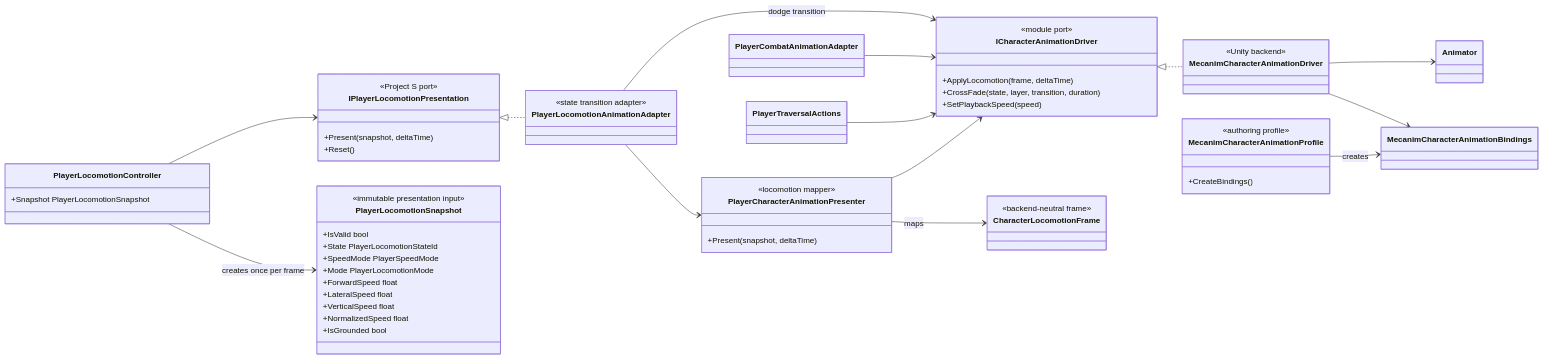
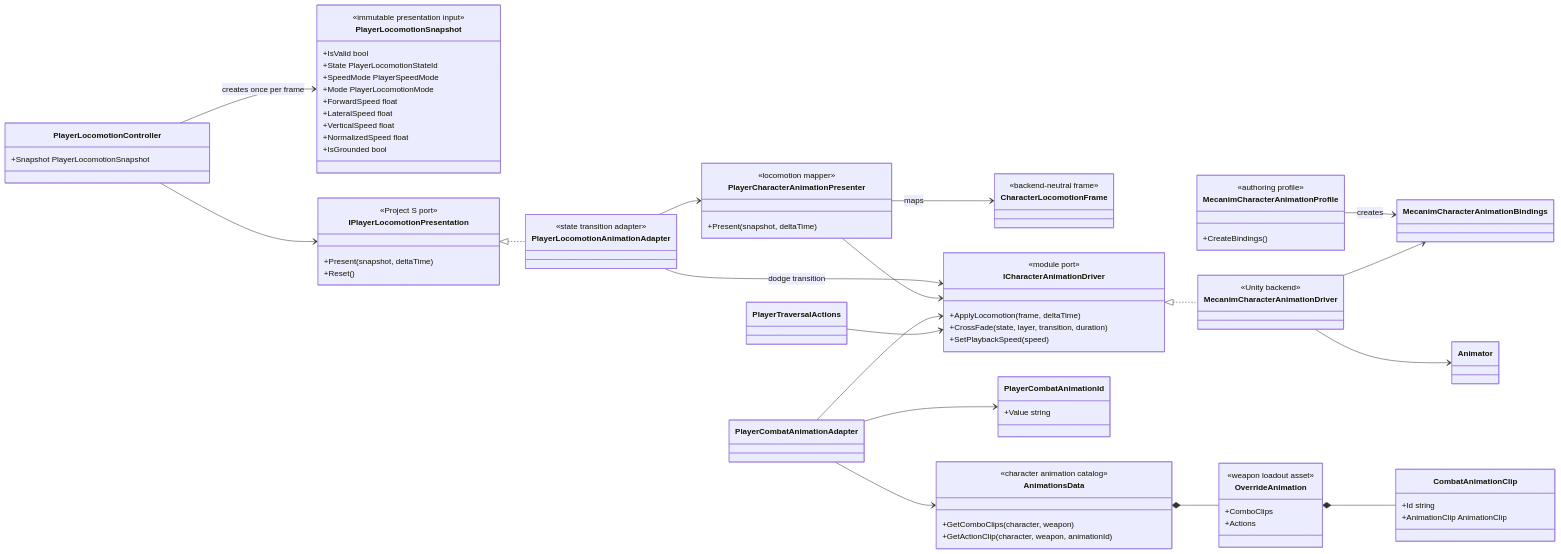
Before and after one commit to MaximFonariuc/project-s: the first of 2 diagrams in Docs/Architecture/Player.Animation.md, drawn with Mermaid. The commit also changed other lines of this file and 31 other files, not shown here.

Commit message:
feat: add data-driven player combat graph

````diff
--- a/Docs/Architecture/Player.Animation.md
+++ b/Docs/Architecture/Player.Animation.md
@@ -56,6 +56,23 @@
     class MecanimCharacterAnimationBindings
     class Animator
     class PlayerCombatAnimationAdapter
+    class PlayerCombatAnimationId {
+        +Value string
+    }
+    class AnimationsData {
+        <<character animation catalog>>
+        +GetComboClips(character, weapon)
+        +GetActionClip(character, weapon, animationId)
+    }
+    class OverrideAnimation {
+        <<weapon loadout asset>>
+        +ComboClips
+        +Actions
+    }
+    class CombatAnimationClip {
+        +Id string
+        +AnimationClip AnimationClip
+    }
     class PlayerTraversalActions
 
     PlayerLocomotionController --> PlayerLocomotionSnapshot : creates once per frame
@@ -70,5 +87,9 @@
     MecanimCharacterAnimationDriver --> MecanimCharacterAnimationBindings
     MecanimCharacterAnimationDriver --> Animator
     PlayerCombatAnimationAdapter --> ICharacterAnimationDriver
+    PlayerCombatAnimationAdapter --> AnimationsData
+    PlayerCombatAnimationAdapter --> PlayerCombatAnimationId
+    AnimationsData *-- OverrideAnimation
+    OverrideAnimation *-- CombatAnimationClip
     PlayerTraversalActions --> ICharacterAnimationDriver
 ```
````
